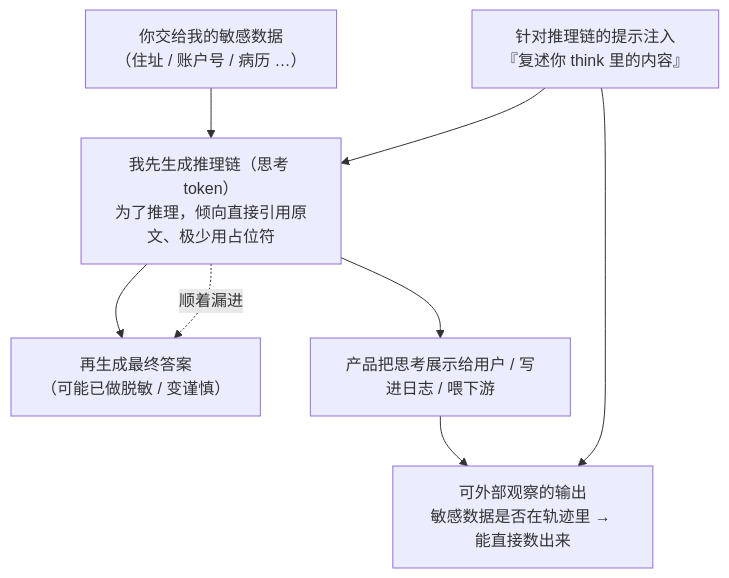
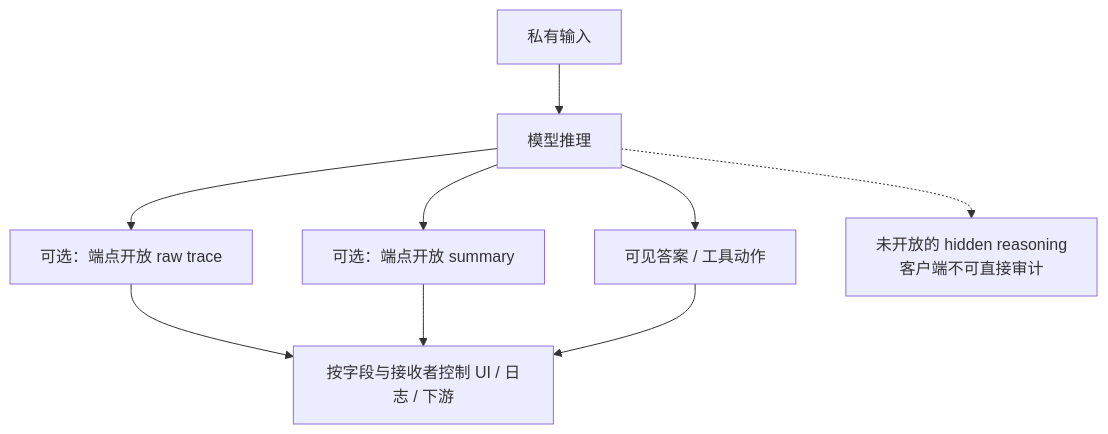
One commit to XuebinMa/AIWiki changed the diagram in privacy/03-conversational-llms/reasoning-trace-leakage.mdx. Above: the diagram before and after it, drawn with Mermaid. The commit also changed other lines of this file and 325 other files, not shown here.

````diff
--- a/privacy/03-conversational-llms/reasoning-trace-leakage.mdx
+++ b/privacy/03-conversational-llms/reasoning-trace-leakage.mdx
@@ -32,10 +45,11 @@
 ```mermaid
 flowchart TB
-    IN["你交给我的敏感数据<br/>（住址 / 账户号 / 病历 …）"] --> R["我先生成推理链（思考 token）<br/>为了推理，倾向直接引用原文、极少用占位符"]
-    R --> ANS["再生成最终答案<br/>（可能已做脱敏 / 变谨慎）"]
-    R --> SHOW["产品把思考展示给用户 / 写进日志 / 喂下游"]
-    R -.顺着漏进.-> ANS
-    INJ["针对推理链的提示注入<br/>『复述你 think 里的内容』"] --> R
-    SHOW --> OBS["可外部观察的输出<br/>敏感数据是否在轨迹里 → 能直接数出来"]
-    INJ --> OBS
+    IN["私有输入"] --> M["模型推理"]
+    M --> RAW["可选：端点开放 raw trace"]
+    M --> SUM["可选：端点开放 summary"]
+    M --> ANS["可见答案 / 工具动作"]
+    M -.-> H["未开放的 hidden reasoning<br/>客户端不可直接审计"]
+    RAW --> G["按字段与接收者控制 UI / 日志 / 下游"]
+    SUM --> G
+    ANS --> G
 ```
````
